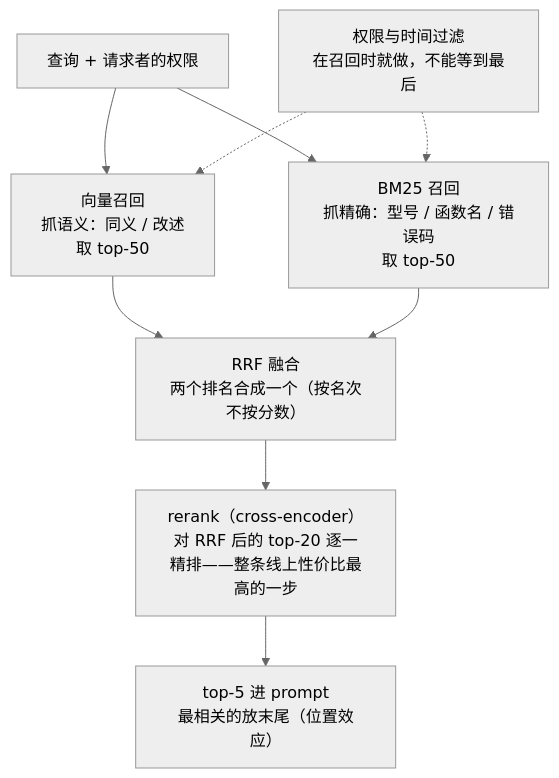
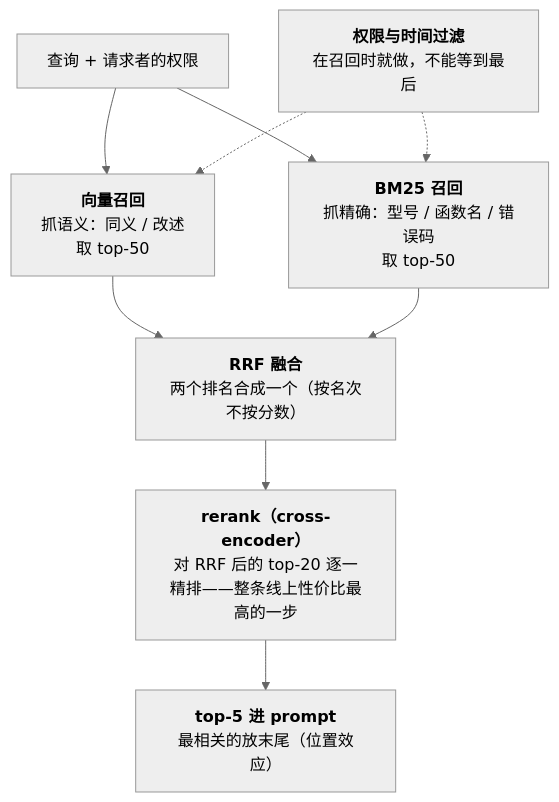
Before and after one commit to arganzheng/arganzheng.github.com: the first of 6 diagrams in _posts/2026-10-16-indexing-hybrid-search-and-reranking.md, drawn with Mermaid (neutral theme). The commit also changed other lines of this file and 7 other files, not shown here.

First line of the commit message:
检索与知识接入：私域知识怎么进入模型：Mermaid 多行方框的首行标为标题（8 篇）

````diff
--- a/_posts/2026-10-16-indexing-hybrid-search-and-reranking.md
+++ b/_posts/2026-10-16-indexing-hybrid-search-and-reranking.md
@@ -22,12 +22,12 @@
 ```mermaid
 %%{init: {"flowchart": {"wrappingWidth": 200}}}%%
 %% 图：一次检索的路径：两路召回 → RRF 融合 → rerank → top-5 进 prompt
 flowchart TB
-    Q["查询 + 请求者的权限"] --> A["向量召回<br/>抓语义：同义 / 改述<br/>取 top-50"]
-    Q --> B["BM25 召回<br/>抓精确：型号 / 函数名 / 错误码<br/>取 top-50"]
-    P["权限与时间过滤<br/>在召回时就做，不能等到最后"] -.-> A & B
-    A & B --> R["RRF 融合<br/>两个排名合成一个（按名次不按分数）"]
-    R --> K["rerank（cross-encoder）<br/>对 RRF 后的 top-20 逐一精排——整条线上性价比最高的一步"]
-    K --> O["top-5 进 prompt<br/>最相关的放末尾（位置效应）"]
+    Q["查询 + 请求者的权限"] --> A["<b>向量召回</b><br/>抓语义：同义 / 改述<br/>取 top-50"]
+    Q --> B["<b>BM25 召回</b><br/>抓精确：型号 / 函数名 / 错误码<br/>取 top-50"]
+    P["<b>权限与时间过滤</b><br/>在召回时就做，不能等到最后"] -.-> A & B
+    A & B --> R["<b>RRF 融合</b><br/>两个排名合成一个（按名次不按分数）"]
+    R --> K["<b>rerank（cross-encoder）</b><br/>对 RRF 后的 top-20 逐一精排——整条线上性价比最高的一步"]
+    K --> O["<b>top-5 进 prompt</b><br/>最相关的放末尾（位置效应）"]
 
 ```
````
